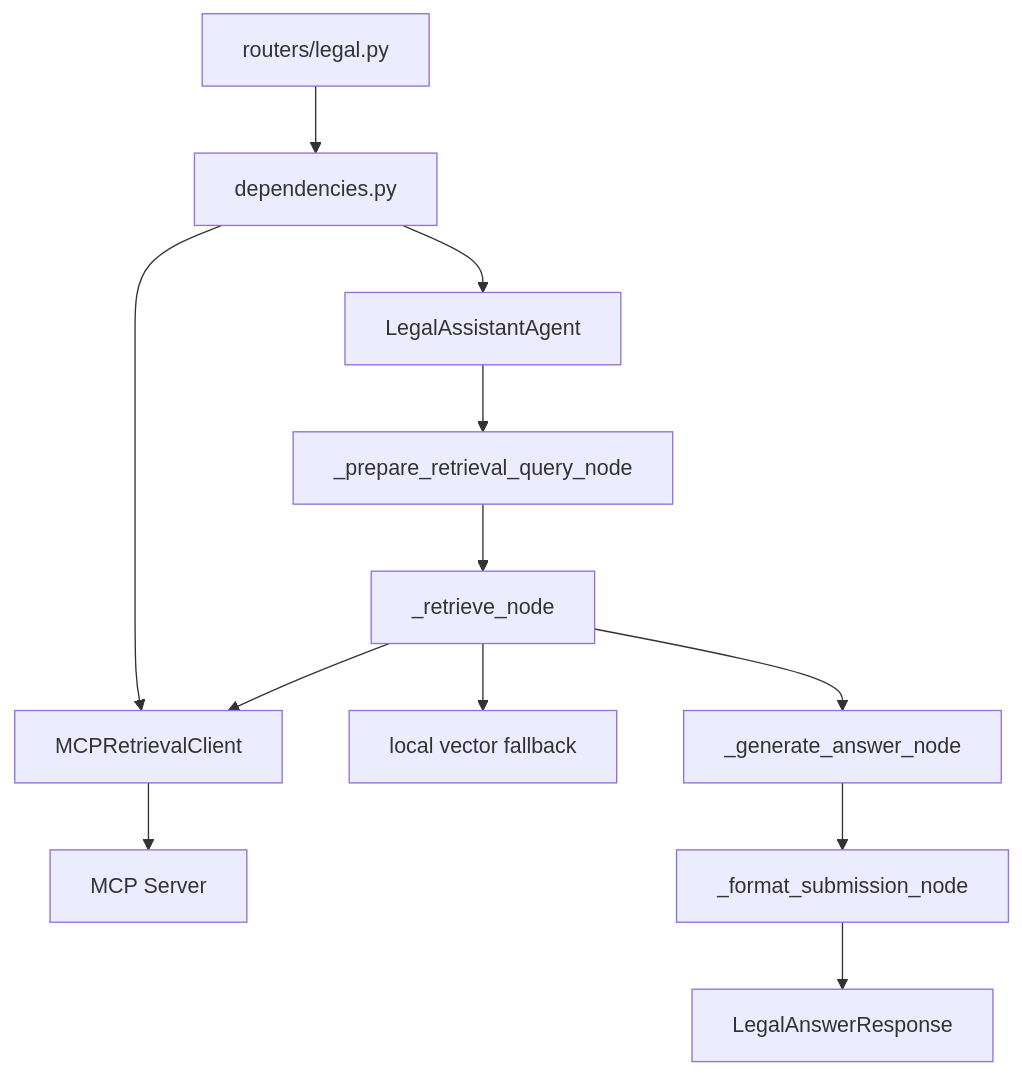
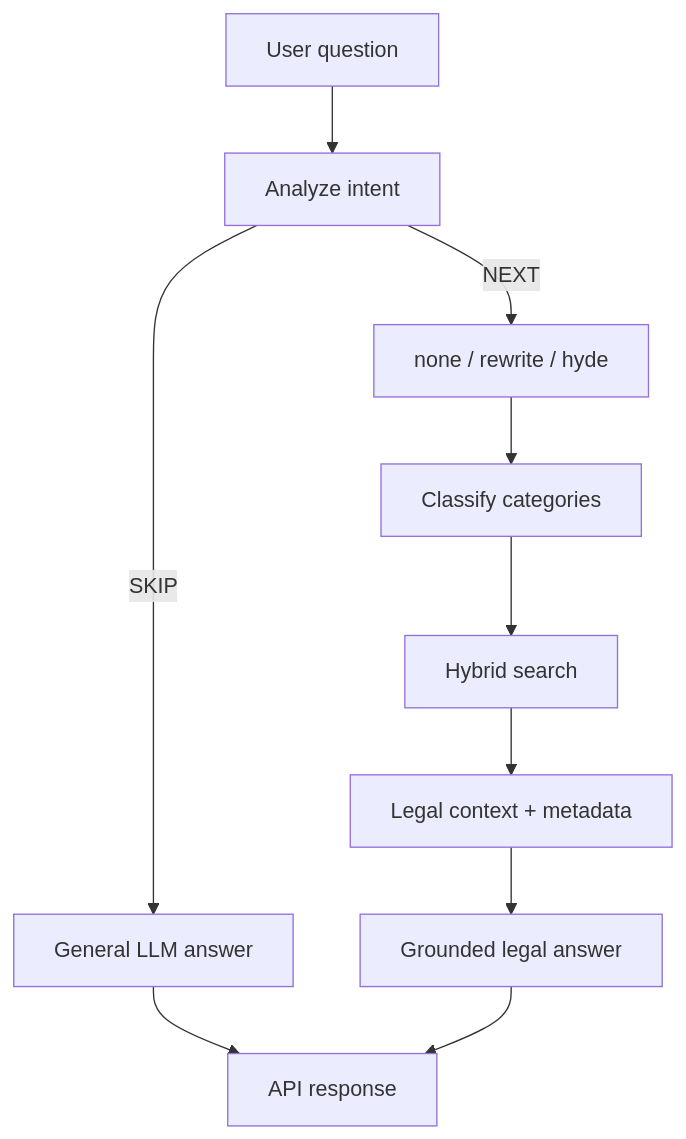
The third of 3 diagrams in backend/docs/REPORT.md (lmhtung/legal-assistant-agent), drawn with Mermaid before and after one commit. The commit also changed other lines of this file and 57 other files, not shown here.

````diff
--- a/backend/docs/REPORT.md
+++ b/backend/docs/REPORT.md
@@ -383,14 +142,12 @@
 ```mermaid
 flowchart TD
-    API[routers/legal.py] --> Dep[dependencies.py]
-    Dep --> Agent[LegalAssistantAgent]
-    Dep --> MCPClient[MCPRetrievalClient]
-    Agent --> Rewrite[_prepare_retrieval_query_node]
-    Rewrite --> Retrieve[_retrieve_node]
-    Retrieve --> MCPClient
-    MCPClient --> MCP[MCP Server]
-    Retrieve --> Local[local vector fallback]
-    Retrieve --> Generate[_generate_answer_node]
-    Generate --> Format[_format_submission_node]
-    Format --> Response[LegalAnswerResponse]
+    Q[User question] --> Intent[Analyze intent]
+    Intent -->|SKIP| General[General LLM answer]
+    Intent -->|NEXT| Prepare[none / rewrite / hyde]
+    Prepare --> Category[Classify categories]
+    Category --> Search[Hybrid search]
+    Search --> Context[Legal context + metadata]
+    Context --> Answer[Grounded legal answer]
+    General --> Output[API response]
+    Answer --> Output
 ```
````
